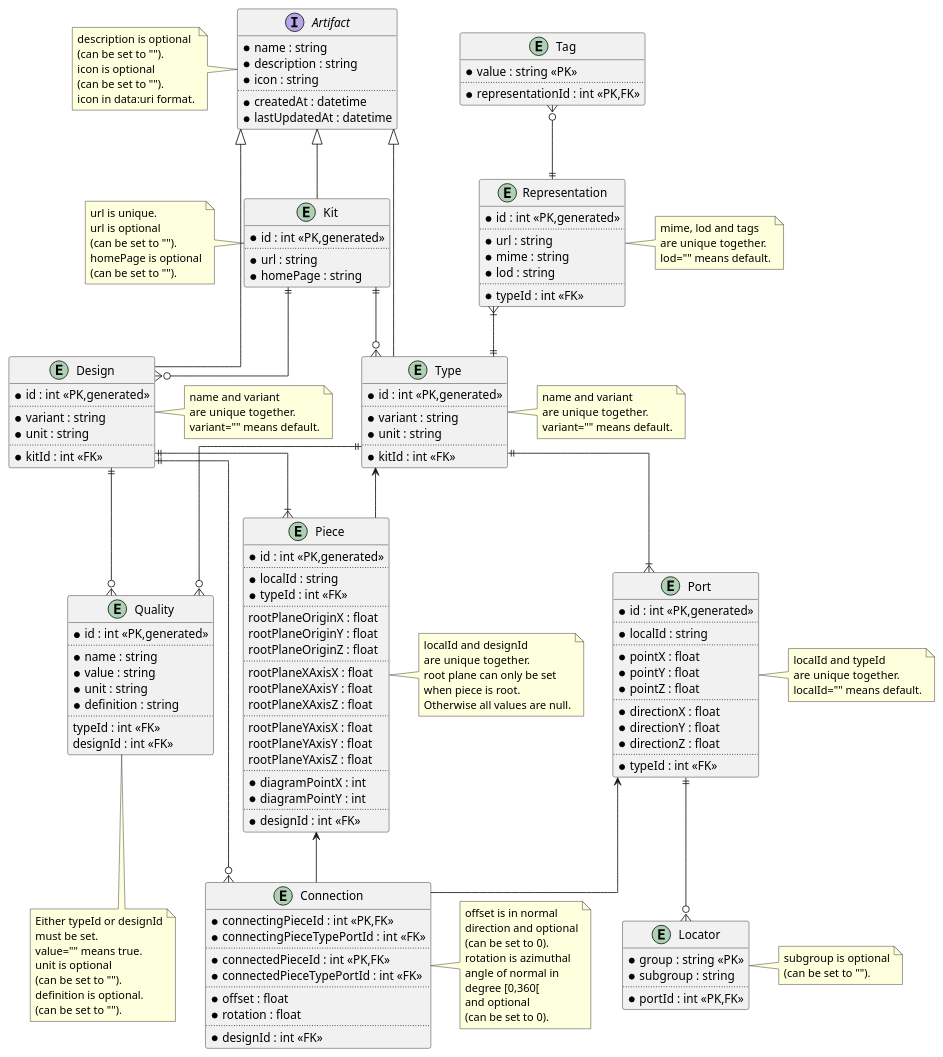
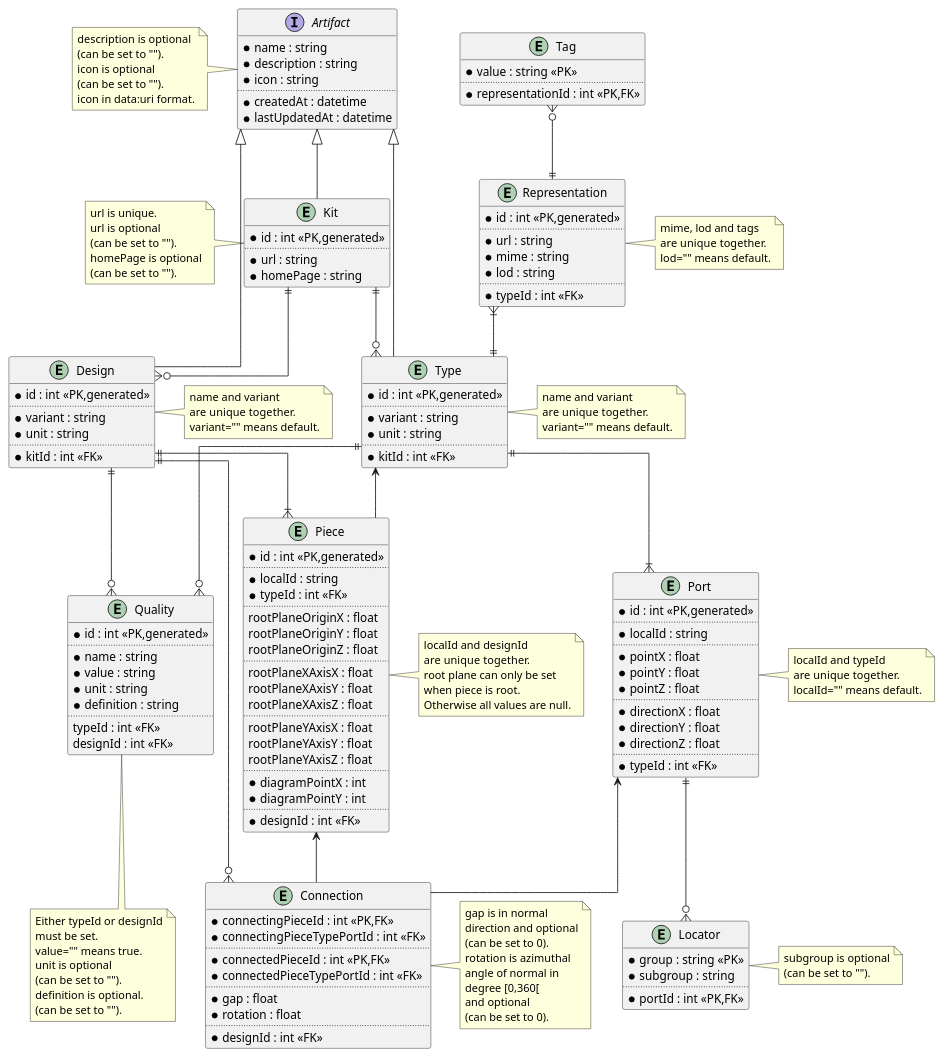
Before and after one commit to usalu/semio: the diagram in engineering/dataarchitecture.pu, drawn with PlantUML. The commit also changed 278 other files, not shown here.

```diff
--- a/engineering/dataarchitecture.pu
+++ b/engineering/dataarchitecture.pu
@@ -157,13 +157,13 @@
     *connectedPieceId : int <<PK,FK>>
     *connectedPieceTypePortId : int <<FK>>
     ..
-    *offset : float
+    *gap : float
     *rotation : float
     ..
     *designId : int <<FK>>
 }
 note right of Connection
-    offset is in normal 
+    gap is in normal 
     direction and optional
     (can be set to 0).
     rotation is azimuthal
```
